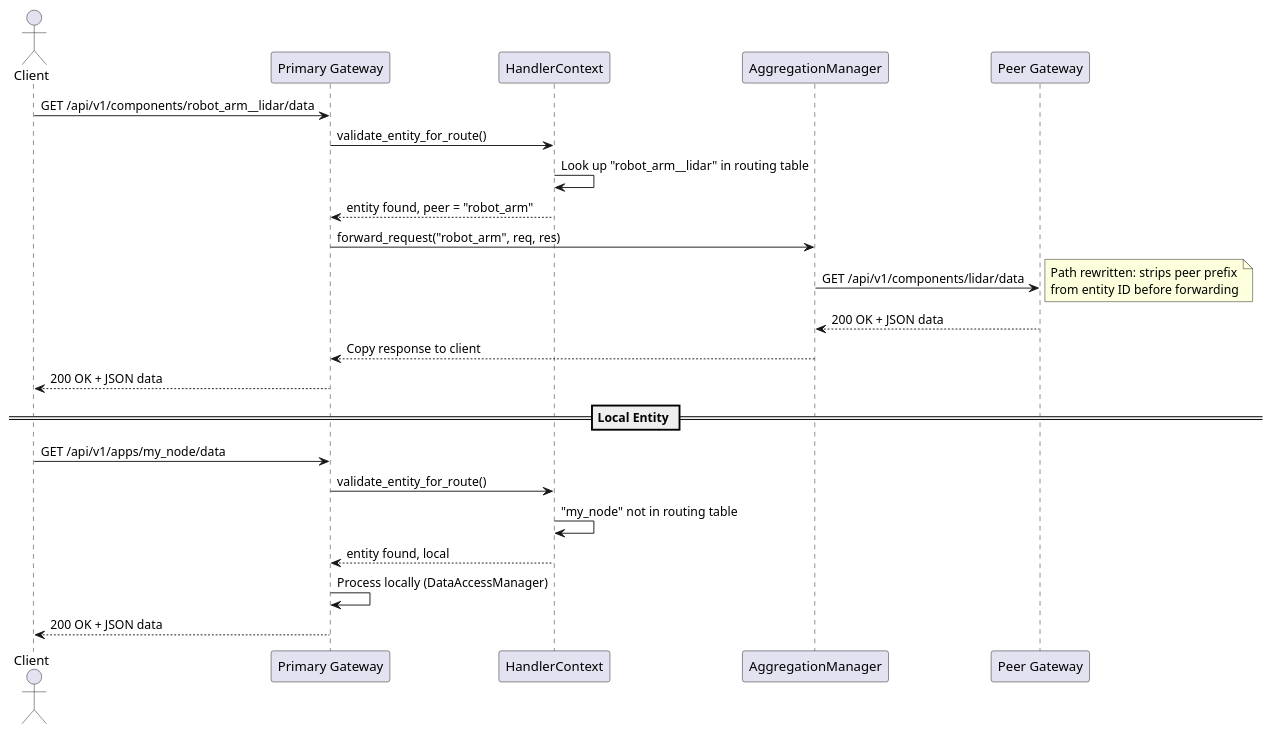
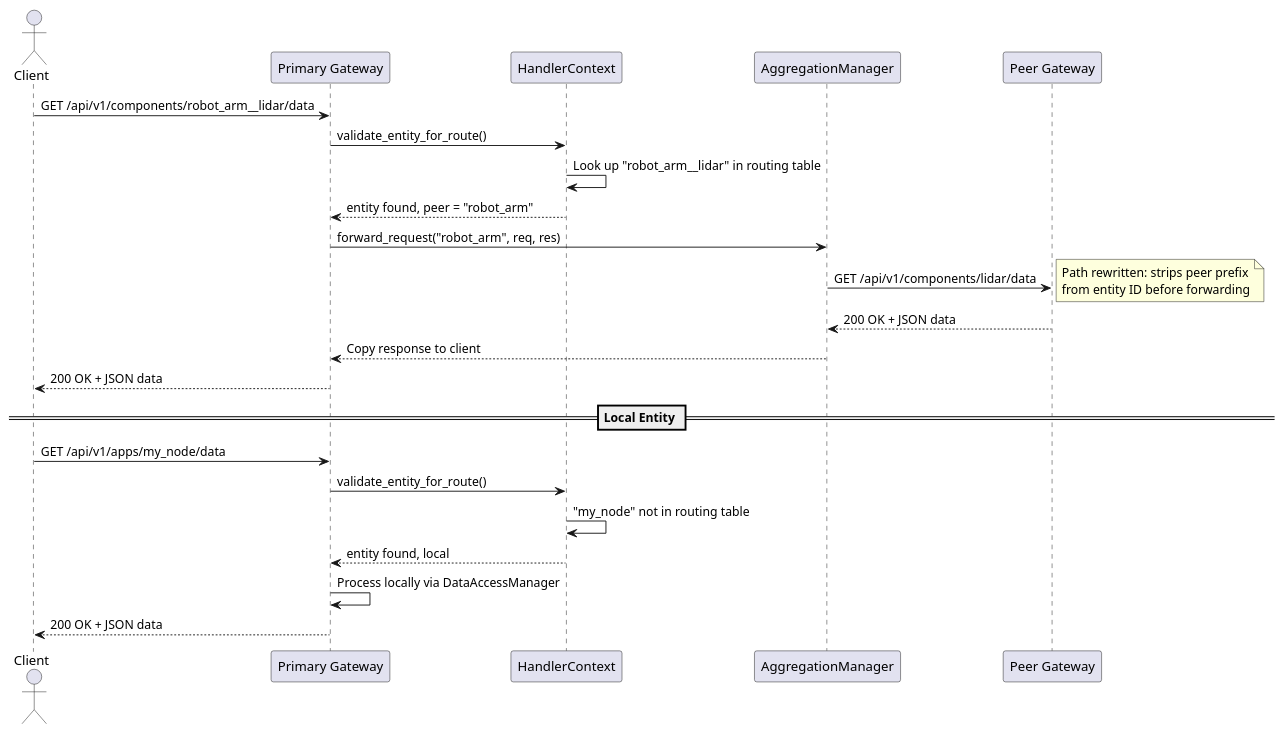
The fourth of 4 diagrams in src/ros2_medkit_gateway/design/aggregation.rst (selfpatch/ros2_medkit), drawn with PlantUML before and after one commit. The commit also changed other lines of this file, not shown here.

Commit message:
fix: remove parentheses and block skinparams from PlantUML diagrams

```diff
--- a/src/ros2_medkit_gateway/design/aggregation.rst
+++ b/src/ros2_medkit_gateway/design/aggregation.rst
@@ -256,37 +241,37 @@
 .. plantuml::
    :caption: Request Routing - Local vs Remote
 
    @startuml request_routing
 
    actor Client
    participant "Primary Gateway" as primary
    participant HandlerContext as ctx
    participant AggregationManager as agg
    participant "Peer Gateway" as peer
 
    Client -> primary : GET /api/v1/components/robot_arm__lidar/data
    primary -> ctx : validate_entity_for_route()
    ctx -> ctx : Look up "robot_arm__lidar" in routing table
    ctx --> primary : entity found, peer = "robot_arm"
 
    primary -> agg : forward_request("robot_arm", req, res)
    agg -> peer : GET /api/v1/components/lidar/data
    note right
        Path rewritten: strips peer prefix
        from entity ID before forwarding
    end note
    peer --> agg : 200 OK + JSON data
    agg --> primary : Copy response to client
    primary --> Client : 200 OK + JSON data
 
    == Local Entity ==
 
    Client -> primary : GET /api/v1/apps/my_node/data
    primary -> ctx : validate_entity_for_route()
    ctx -> ctx : "my_node" not in routing table
    ctx --> primary : entity found, local
 
-   primary -> primary : Process locally (DataAccessManager)
+   primary -> primary : Process locally via DataAccessManager
    primary --> Client : 200 OK + JSON data
 
    @enduml
```
